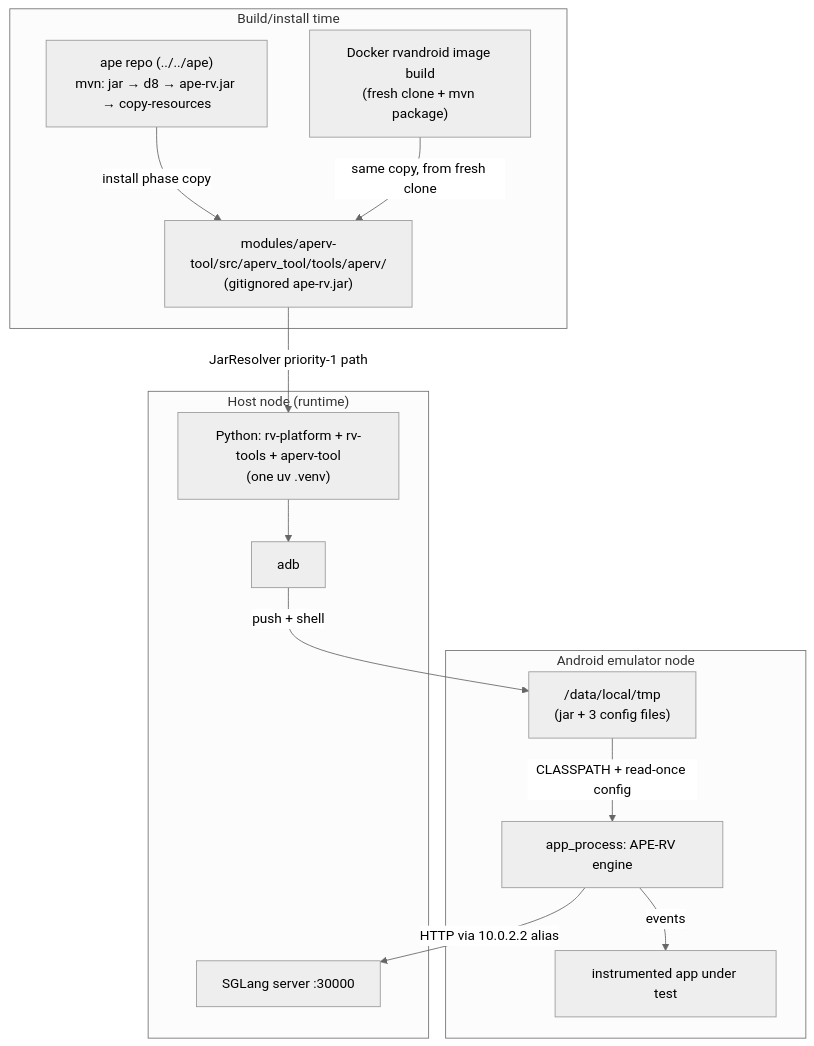
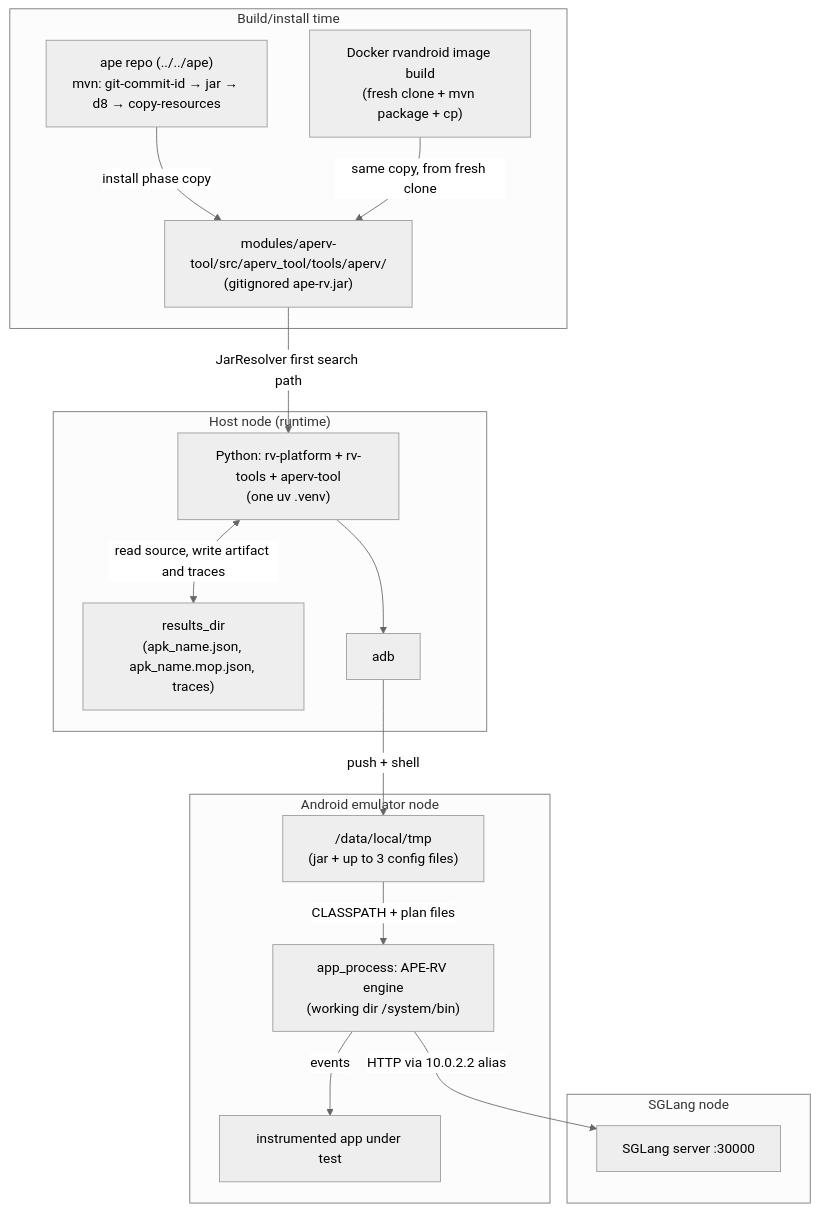
One commit to PAMunb/rvsec changed the fifth of 5 diagrams in rv-android/docs/architecture/ape-rv.md. Above: the diagram before and after it, drawn with Mermaid. The commit also changed other lines of this file and 7 other files, not shown here.

````diff
--- a/rv-android/docs/architecture/ape-rv.md
+++ b/rv-android/docs/architecture/ape-rv.md
@@ -1035,28 +1213,32 @@
 ```mermaid
 %%{init: {'theme': 'neutral'}}%%
 flowchart TB
     subgraph buildtime ["Build/install time"]
-        aperepo3["ape repo (../../ape)<br/>mvn: jar → d8 → ape-rv.jar → copy-resources"]
-        dockerimg["Docker rvandroid image build<br/>(fresh clone + mvn package)"]
+        aperepo3["ape repo (../../ape)<br/>mvn: git-commit-id → jar → d8 → copy-resources"]
+        dockerimg["Docker rvandroid image build<br/>(fresh clone + mvn package + cp)"]
         pkgdir["modules/aperv-tool/src/aperv_tool/tools/aperv/<br/>(gitignored ape-rv.jar)"]
     end
     subgraph hostnode ["Host node (runtime)"]
         pyside["Python: rv-platform + rv-tools + aperv-tool<br/>(one uv .venv)"]
+        resultsdir["results_dir<br/>(apk_name.json, apk_name.mop.json, traces)"]
         adb["adb"]
-        sgl["SGLang server :30000"]
     end
     subgraph emunode ["Android emulator node"]
-        tmp["/data/local/tmp<br/>(jar + 3 config files)"]
-        proc["app_process: APE-RV engine"]
+        tmp["/data/local/tmp<br/>(jar + up to 3 config files)"]
+        proc["app_process: APE-RV engine<br/>(working dir /system/bin)"]
         apps["instrumented app under test"]
+    end
+    subgraph llmnode ["SGLang node"]
+        sgl["SGLang server :30000"]
     end
 
     aperepo3 -->|"install phase copy"| pkgdir
     dockerimg -->|"same copy, from fresh clone"| pkgdir
-    pkgdir -->|"JarResolver priority-1 path"| pyside
+    pkgdir -->|"JarResolver first search path"| pyside
+    pyside <-->|"read source, write artifact and traces"| resultsdir
     pyside --> adb
     adb -->|"push + shell"| tmp
-    tmp -->|"CLASSPATH + read-once config"| proc
+    tmp -->|"CLASSPATH + plan files"| proc
     proc -->|"events"| apps
     proc -->|"HTTP via 10.0.2.2 alias"| sgl
 ```
````
